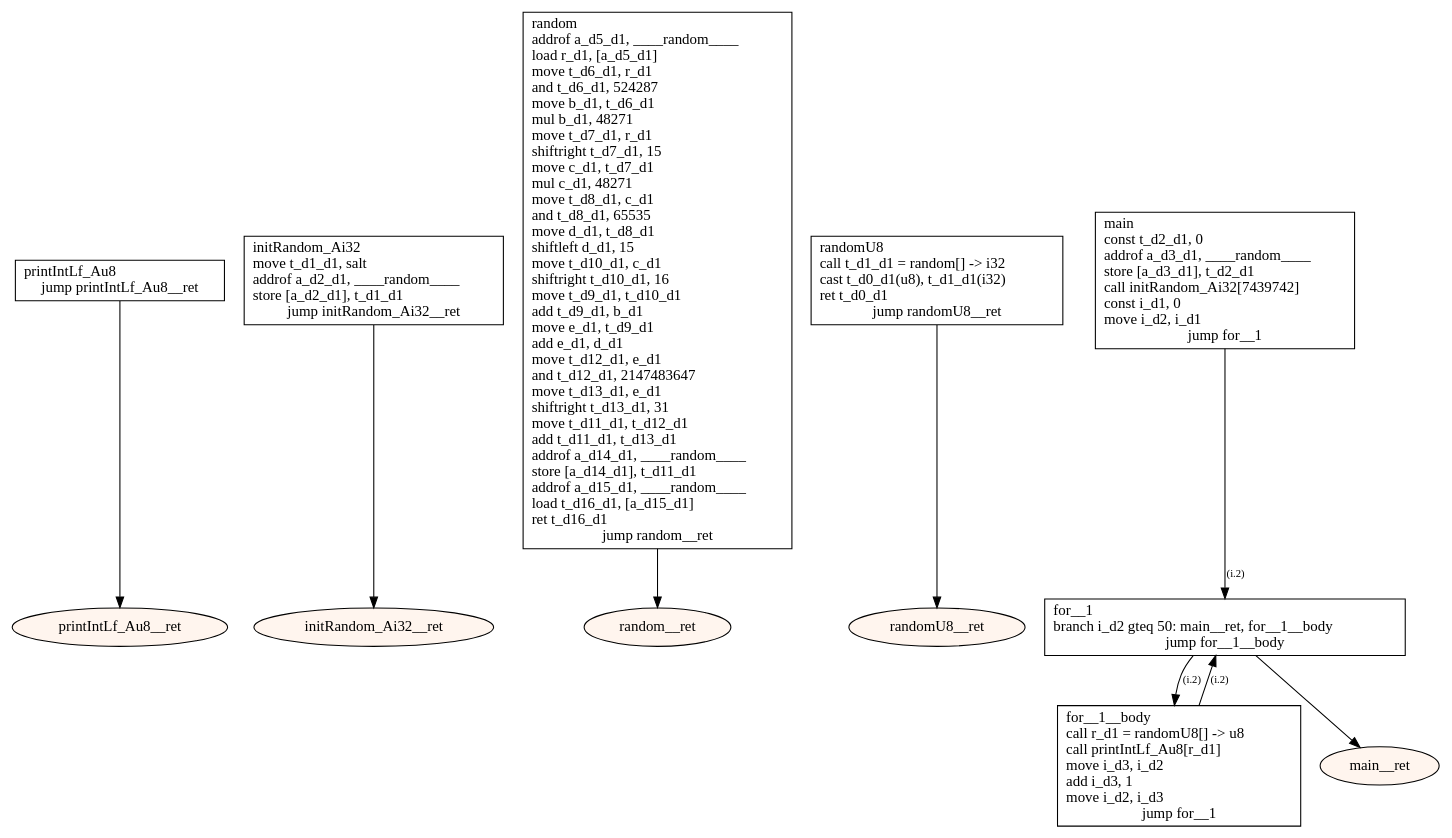
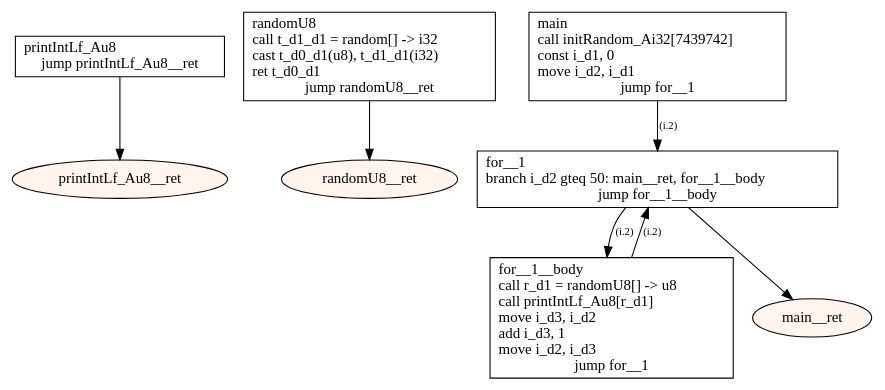
The diagram in src/main/resources-test/compiler/z8/prng.dot (tmssngr/tinyC), drawn with Graphviz before and after one commit. The commit also changed 37 other files, not shown here.

```diff
--- a/src/main/resources-test/compiler/z8/prng.dot
+++ b/src/main/resources-test/compiler/z8/prng.dot
@@ -1,33 +1,23 @@
 digraph program {
 	edge[fontsize="10pt"];
 	subgraph fn_printIntLf_Au8 {
 		BasicBlock_0_printIntLf_Au8 [label="printIntLf_Au8\ljump printIntLf_Au8__ret",shape=box];
 		BasicBlock_0_printIntLf_Au8 -> BasicBlock_0_printIntLf_Au8__ret;
 		BasicBlock_0_printIntLf_Au8__ret [label="printIntLf_Au8__ret",shape=oval,style=filled,fillcolor="#fff5ee"];
 	}
-	subgraph fn_initRandom_Ai32 {
-		BasicBlock_1_initRandom_Ai32 [label="initRandom_Ai32\lmove t_d1_d1, salt\laddrof a_d2_d1, ____random____\lstore [a_d2_d1], t_d1_d1\ljump initRandom_Ai32__ret",shape=box];
-		BasicBlock_1_initRandom_Ai32 -> BasicBlock_1_initRandom_Ai32__ret;
-		BasicBlock_1_initRandom_Ai32__ret [label="initRandom_Ai32__ret",shape=oval,style=filled,fillcolor="#fff5ee"];
-	}
-	subgraph fn_random {
-		BasicBlock_2_random [label="random\laddrof a_d5_d1, ____random____\lload r_d1, [a_d5_d1]\lmove t_d6_d1, r_d1\land t_d6_d1, 524287\lmove b_d1, t_d6_d1\lmul b_d1, 48271\lmove t_d7_d1, r_d1\lshiftright t_d7_d1, 15\lmove c_d1, t_d7_d1\lmul c_d1, 48271\lmove t_d8_d1, c_d1\land t_d8_d1, 65535\lmove d_d1, t_d8_d1\lshiftleft d_d1, 15\lmove t_d10_d1, c_d1\lshiftright t_d10_d1, 16\lmove t_d9_d1, t_d10_d1\ladd t_d9_d1, b_d1\lmove e_d1, t_d9_d1\ladd e_d1, d_d1\lmove t_d12_d1, e_d1\land t_d12_d1, 2147483647\lmove t_d13_d1, e_d1\lshiftright t_d13_d1, 31\lmove t_d11_d1, t_d12_d1\ladd t_d11_d1, t_d13_d1\laddrof a_d14_d1, ____random____\lstore [a_d14_d1], t_d11_d1\laddrof a_d15_d1, ____random____\lload t_d16_d1, [a_d15_d1]\lret t_d16_d1\ljump random__ret",shape=box];
-		BasicBlock_2_random -> BasicBlock_2_random__ret;
-		BasicBlock_2_random__ret [label="random__ret",shape=oval,style=filled,fillcolor="#fff5ee"];
-	}
 	subgraph fn_randomU8 {
-		BasicBlock_3_randomU8 [label="randomU8\lcall t_d1_d1 = random[] -> i32\lcast t_d0_d1(u8), t_d1_d1(i32)\lret t_d0_d1\ljump randomU8__ret",shape=box];
-		BasicBlock_3_randomU8 -> BasicBlock_3_randomU8__ret;
-		BasicBlock_3_randomU8__ret [label="randomU8__ret",shape=oval,style=filled,fillcolor="#fff5ee"];
+		BasicBlock_1_randomU8 [label="randomU8\lcall t_d1_d1 = random[] -> i32\lcast t_d0_d1(u8), t_d1_d1(i32)\lret t_d0_d1\ljump randomU8__ret",shape=box];
+		BasicBlock_1_randomU8 -> BasicBlock_1_randomU8__ret;
+		BasicBlock_1_randomU8__ret [label="randomU8__ret",shape=oval,style=filled,fillcolor="#fff5ee"];
 	}
 	subgraph fn_main {
-		BasicBlock_4_main [label="main\lconst t_d2_d1, 0\laddrof a_d3_d1, ____random____\lstore [a_d3_d1], t_d2_d1\lcall initRandom_Ai32[7439742]\lconst i_d1, 0\lmove i_d2, i_d1\ljump for__1",shape=box];
-		BasicBlock_4_main -> BasicBlock_4_for__1 [label="(i.2)"];
-		BasicBlock_4_for__1__body [label="for__1__body\lcall r_d1 = randomU8[] -> u8\lcall printIntLf_Au8[r_d1]\lmove i_d3, i_d2\ladd i_d3, 1\lmove i_d2, i_d3\ljump for__1",shape=box];
-		BasicBlock_4_for__1__body -> BasicBlock_4_for__1 [label="(i.2)"];
-		BasicBlock_4_for__1 [label="for__1\lbranch i_d2 gteq 50: main__ret, for__1__body\ljump for__1__body",shape=box];
-		BasicBlock_4_for__1 -> BasicBlock_4_main__ret;
-		BasicBlock_4_for__1 -> BasicBlock_4_for__1__body [label="(i.2)"];
-		BasicBlock_4_main__ret [label="main__ret",shape=oval,style=filled,fillcolor="#fff5ee"];
+		BasicBlock_2_main [label="main\lcall initRandom_Ai32[7439742]\lconst i_d1, 0\lmove i_d2, i_d1\ljump for__1",shape=box];
+		BasicBlock_2_main -> BasicBlock_2_for__1 [label="(i.2)"];
+		BasicBlock_2_for__1__body [label="for__1__body\lcall r_d1 = randomU8[] -> u8\lcall printIntLf_Au8[r_d1]\lmove i_d3, i_d2\ladd i_d3, 1\lmove i_d2, i_d3\ljump for__1",shape=box];
+		BasicBlock_2_for__1__body -> BasicBlock_2_for__1 [label="(i.2)"];
+		BasicBlock_2_for__1 [label="for__1\lbranch i_d2 gteq 50: main__ret, for__1__body\ljump for__1__body",shape=box];
+		BasicBlock_2_for__1 -> BasicBlock_2_main__ret;
+		BasicBlock_2_for__1 -> BasicBlock_2_for__1__body [label="(i.2)"];
+		BasicBlock_2_main__ret [label="main__ret",shape=oval,style=filled,fillcolor="#fff5ee"];
 	}
 }
```
